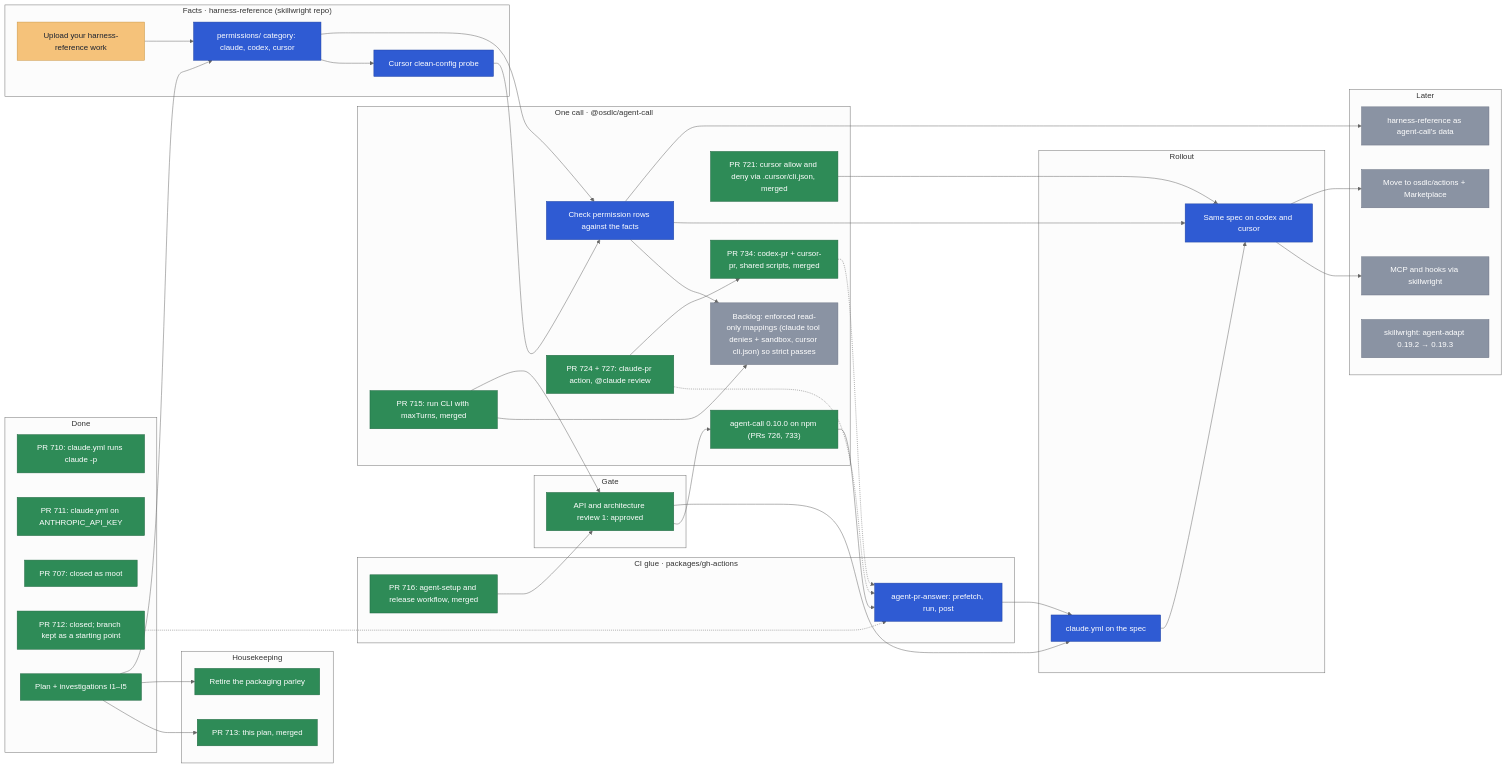
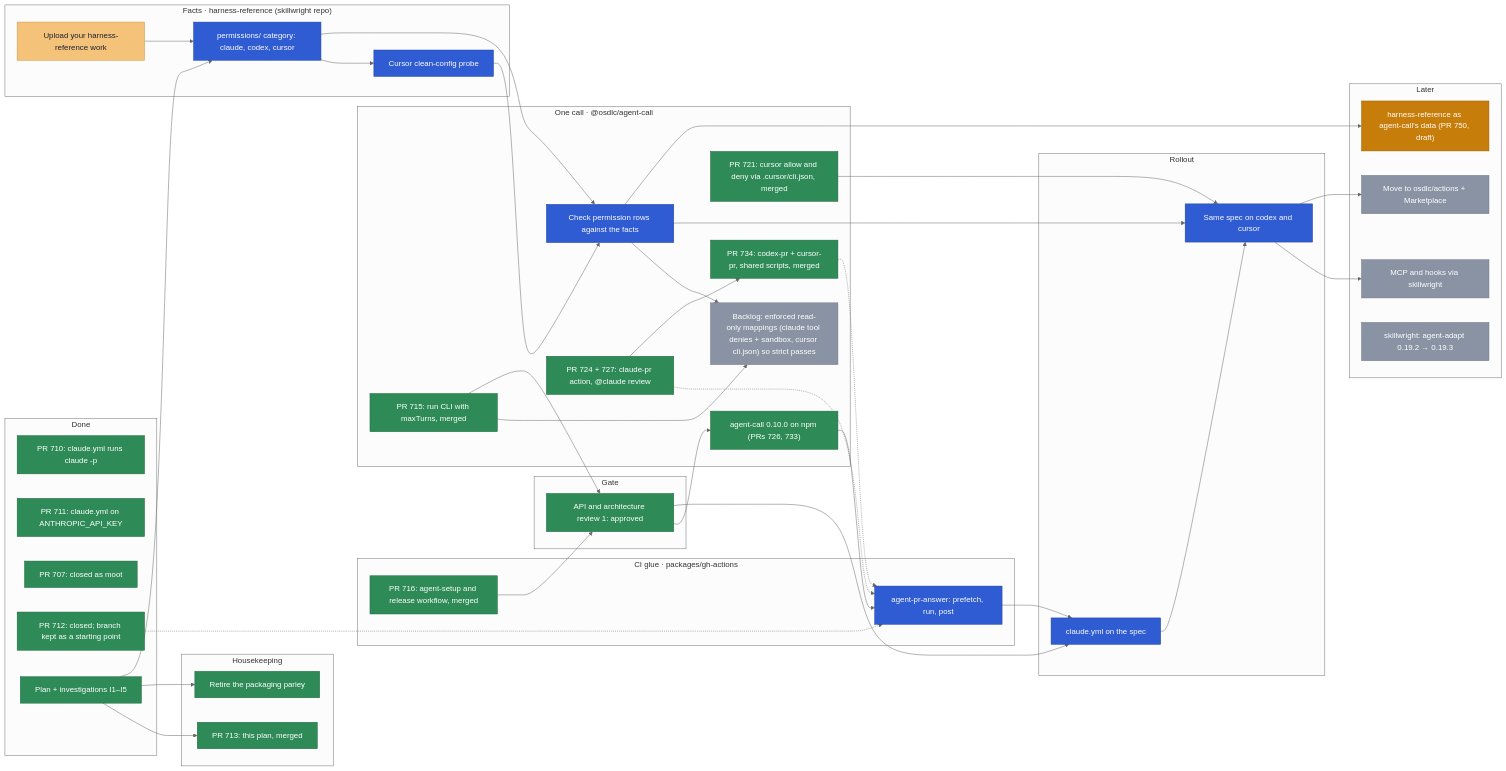
Before and after one commit to osdlc/osdlc: the diagram in docs/planning/agent-ci.md, drawn with Mermaid (neutral theme). The commit also changed other lines of this file, not shown here.

Commit message:
docs(planning): PR 741 CI flake, PR 747 green, PR 750 harness-knowledge

````diff
--- a/docs/planning/agent-ci.md
+++ b/docs/planning/agent-ci.md
@@ -77,7 +77,7 @@
   subgraph later["Later"]
     MCP["MCP and hooks via skillwright"]
     PUB["Move to osdlc/actions + Marketplace"]
-    DATA["harness-reference as agent-call's data"]
+    DATA["harness-reference as agent-call's data (PR 750, draft)"]
     PIN["skillwright: agent-adapt 0.19.2 → 0.19.3"]
   end
 
@@ -124,5 +124,6 @@
   class PERM,PROBE,CHECK,ANS,SPEC,MULTI next
   class REL done
   class CUR done
-  class MCP,PUB,DATA,PIN,STRICT later
+  class MCP,PUB,PIN,STRICT later
+  class DATA active
 ```
````
